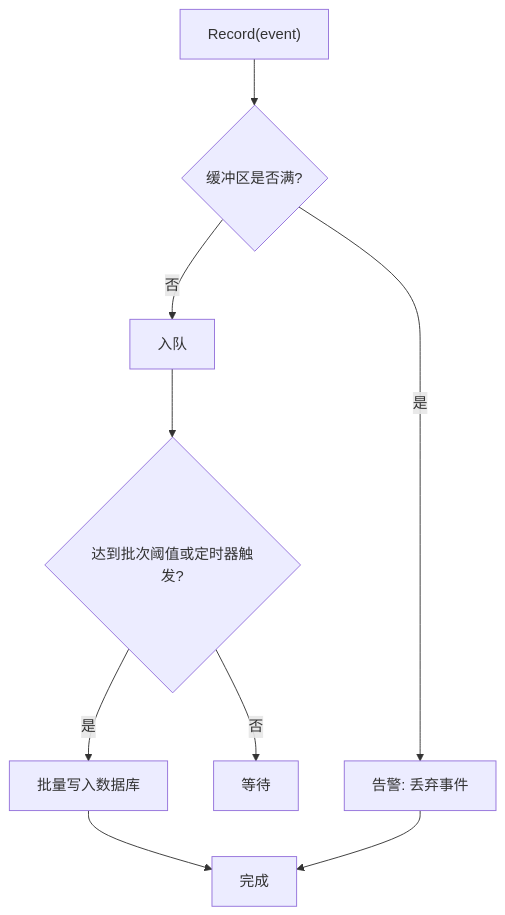
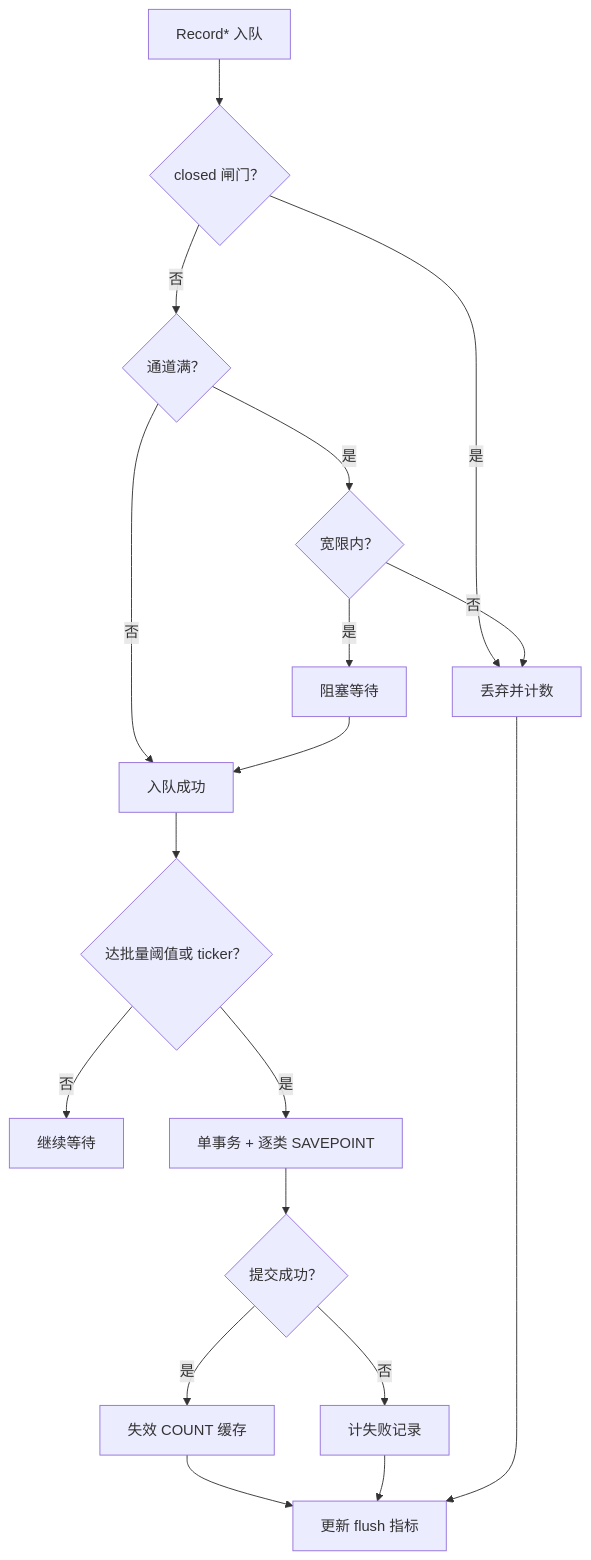
The seventh of 12 diagrams in docs/数据平面处理/性能监控与调优.md (x01n/My-OpenWaf), drawn with Mermaid before and after one commit. The commit also changed other lines of this file and 622 other files, not shown here.

````diff
--- a/docs/数据平面处理/性能监控与调优.md
+++ b/docs/数据平面处理/性能监控与调优.md
@@ -272,11 +403,20 @@
 ```mermaid
 flowchart TD
-Enq["Record(event)"] --> Buf{"缓冲区是否满?"}
-Buf -- "否" --> Push["入队"]
-Buf -- "是" --> Warn["告警: 丢弃事件"]
-Push --> Batch{"达到批次阈值或定时器触发?"}
-Batch -- "是" --> Flush["批量写入数据库"]
-Batch -- "否" --> Wait["等待"]
-Flush --> Done["完成"]
-Warn --> Done
+Enq["Record* 入队"] --> Closed{"closed 闸门？"}
+Closed -- "是" --> Drop["丢弃并计数"]
+Closed -- "否" --> Full{"通道满？"}
+Full -- "否" --> Push["入队成功"]
+Full -- "是" --> Grace{"宽限内？"}
+Grace -- "是" --> Wait["阻塞等待"]
+Grace -- "否" --> Drop
+Wait --> Push
+Push --> Batch{"达批量阈值或 ticker？"}
+Batch -- "否" --> Loop["继续等待"]
+Batch -- "是" --> Tx["单事务 + 逐类 SAVEPOINT"]
+Tx --> Commit{"提交成功？"}
+Commit -- "是" --> Invalidate["失效 COUNT 缓存"]
+Commit -- "否" --> Rec["计失败记录"]
+Invalidate --> Stats["更新 flush 指标"]
+Rec --> Stats
+Drop --> Stats
 ```
````
